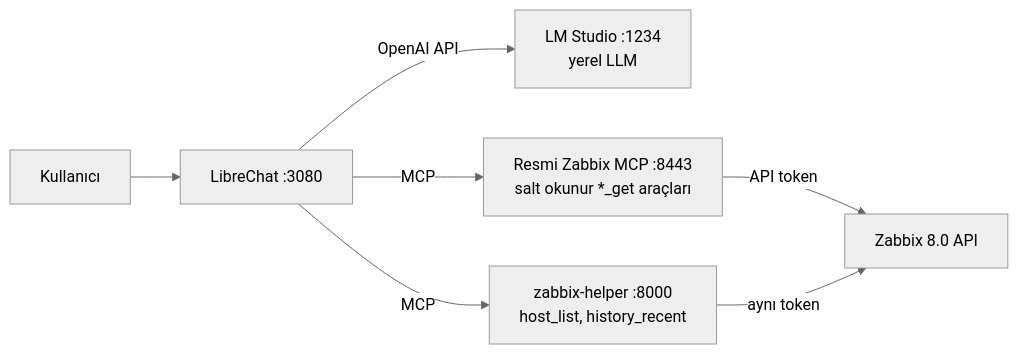
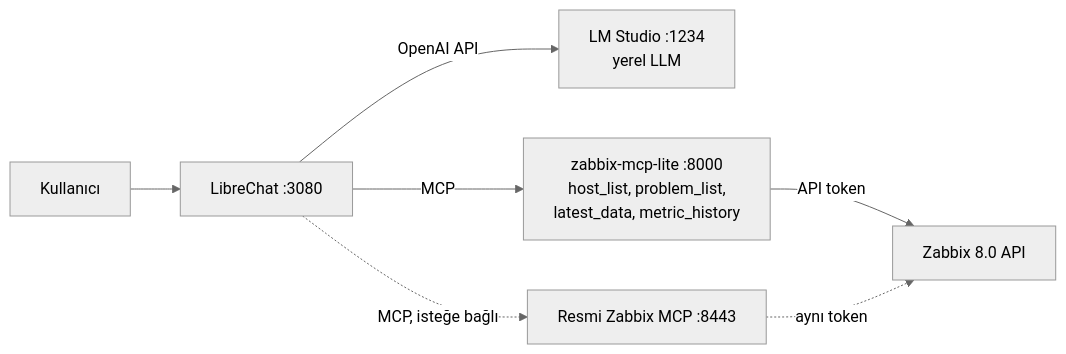
Before and after one commit to enderkus/zabbix-mcp-lite: the diagram in README.tr.md, drawn with Mermaid (neutral theme). The commit also changed other lines of this file and 11 other files, not shown here.

First line of the commit message:
Replace zabbix-helper with zabbix-mcp-lite, a standalone Zabbix MCP server

````diff
--- a/README.tr.md
+++ b/README.tr.md
@@ -14,9 +15,9 @@
 ```mermaid
 flowchart LR
   U[Kullanıcı] --> LC[LibreChat :3080]
   LC -- OpenAI API --> LM[LM Studio :1234<br/>yerel LLM]
-  LC -- MCP --> ZM[Resmi Zabbix MCP :8443<br/>salt okunur *_get araçları]
-  LC -- MCP --> ZH[zabbix-helper :8000<br/>host_list, history_recent]
-  ZM -- API token --> ZA[Zabbix 8.0 API]
-  ZH -- aynı token --> ZA
+  LC -- MCP --> ZL[zabbix-mcp-lite :8000<br/>host_list, problem_list,<br/>latest_data, metric_history]
+  ZL -- API token --> ZA[Zabbix 8.0 API]
+  LC -. MCP, isteğe bağlı .-> ZM[Resmi Zabbix MCP :8443]
+  ZM -. aynı token .-> ZA
 ```
````
